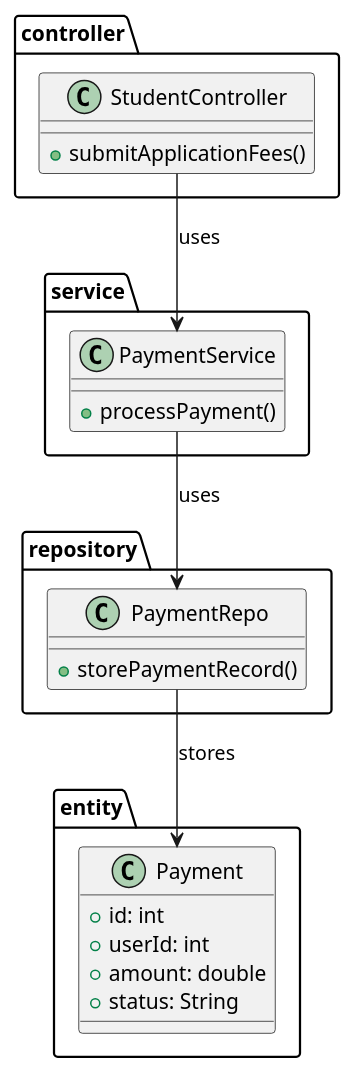
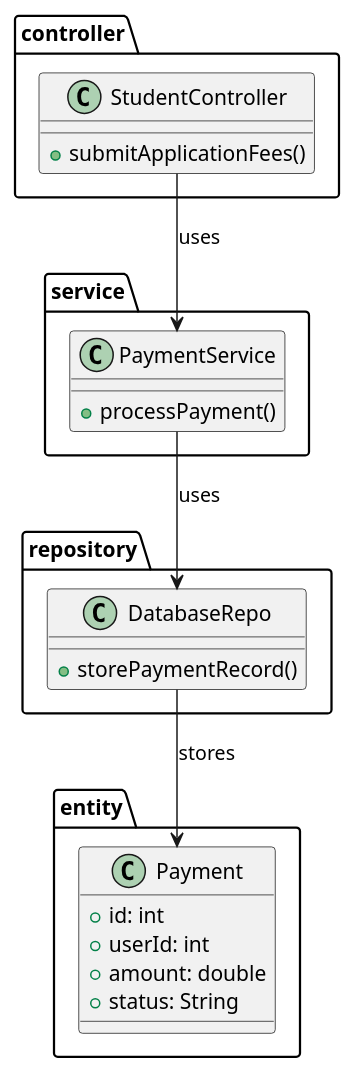
The diagram in SWD392/class_diagrams/18_submit_application_fees.puml (iamSlightlyWind/Legacy), drawn with PlantUML before and after one commit. The commit also changed other lines of this file and 68 other files, not shown here.

Commit message:
SWD293: Tree: Clean Diagrams

```diff
--- a/SWD392/class_diagrams/18_submit_application_fees.puml
+++ b/SWD392/class_diagrams/18_submit_application_fees.puml
@@ -2,32 +1,32 @@
 @startuml
 package controller {
     class StudentController {
         +submitApplicationFees()
     }
 }
 
 package repository {
-    class PaymentRepo {
+    class DatabaseRepo {
         +storePaymentRecord()
     }
 }
 
 package service {
     class PaymentService {
         +processPayment()
     }
 }
 
 package entity {
     class Payment {
         +id: int
         +userId: int
         +amount: double
         +status: String
     }
 }
 
 StudentController --> PaymentService : uses
-PaymentService --> PaymentRepo : uses
-PaymentRepo --> Payment : stores
+PaymentService --> DatabaseRepo : uses
+DatabaseRepo --> Payment : stores
 @enduml
```
